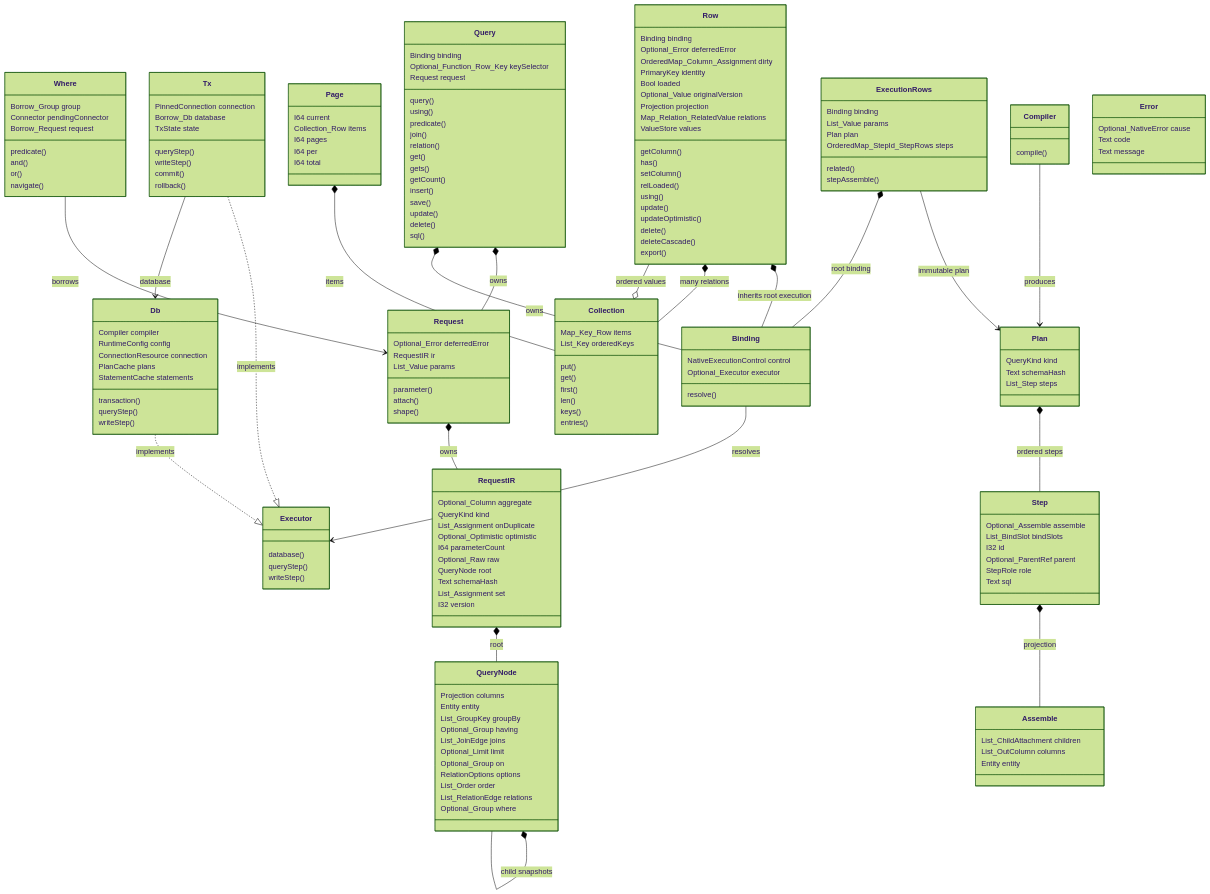
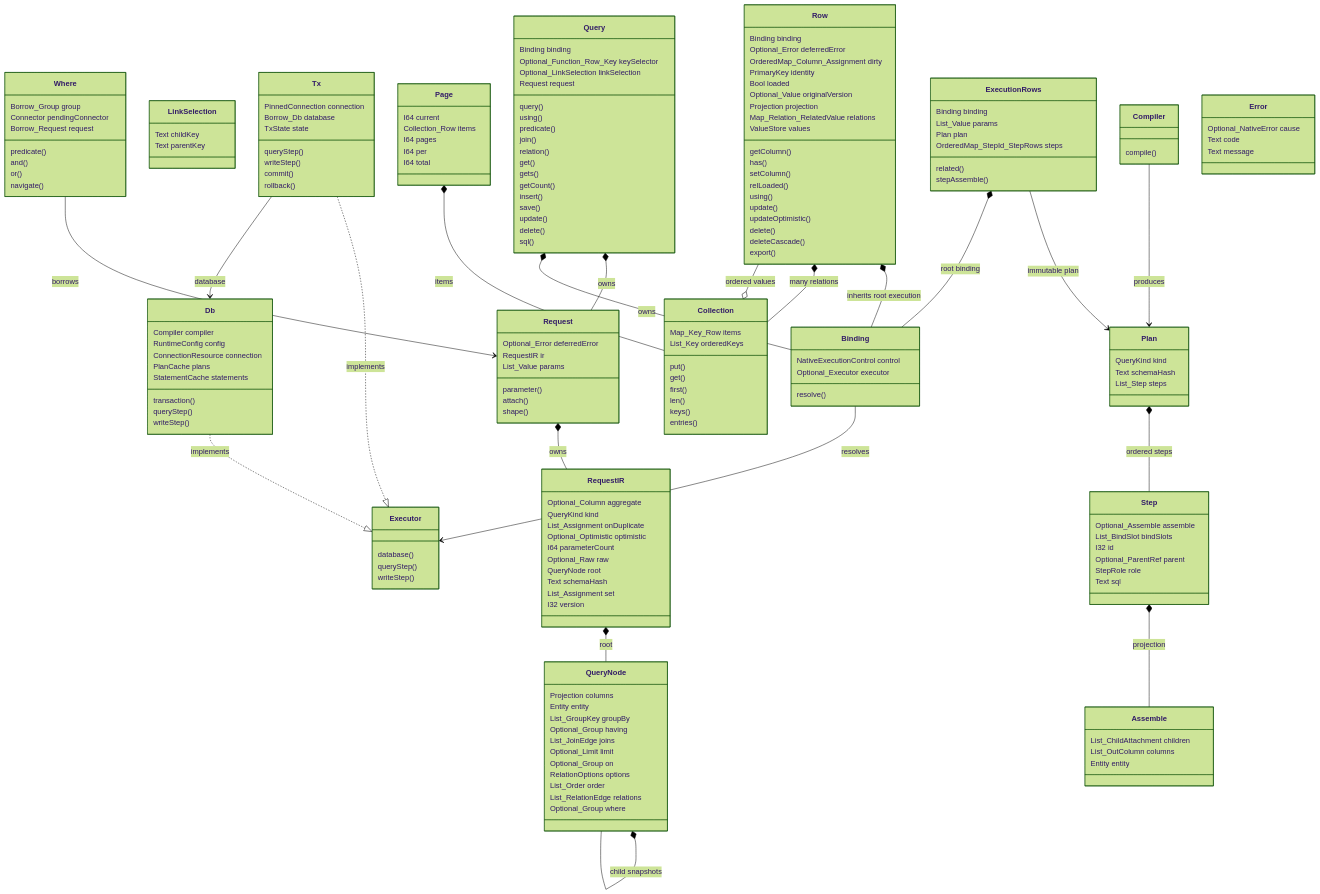
Before and after one commit to polyspec/orm: the diagram in docs/interfaces-model.md, drawn with Mermaid (forest theme). The commit also changed other lines of this file and 28 other files, not shown here.

Commit message:
chore: align relation key selection across clients

```diff
--- a/docs/interfaces-model.md
+++ b/docs/interfaces-model.md
@@ -7,6 +7,7 @@
     class Query {
         Binding binding
         Optional_Function_Row_Key keySelector
+        Optional_LinkSelection linkSelection
         Request request
         query()
         using()
@@ -21,6 +22,10 @@
         update()
         delete()
         sql()
+    }
+    class LinkSelection {
+        Text childKey
+        Text parentKey
     }
     class Where {
         Borrow_Group group
```
